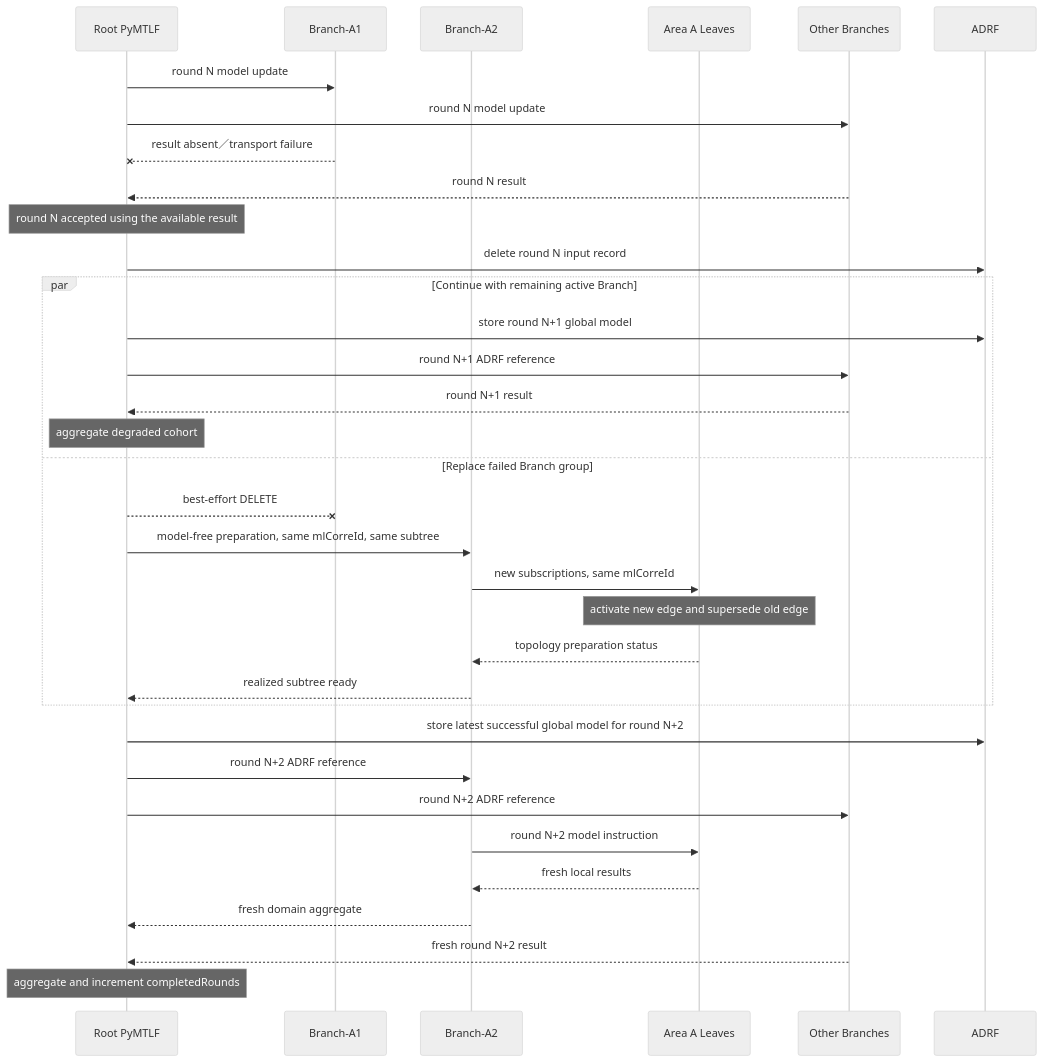
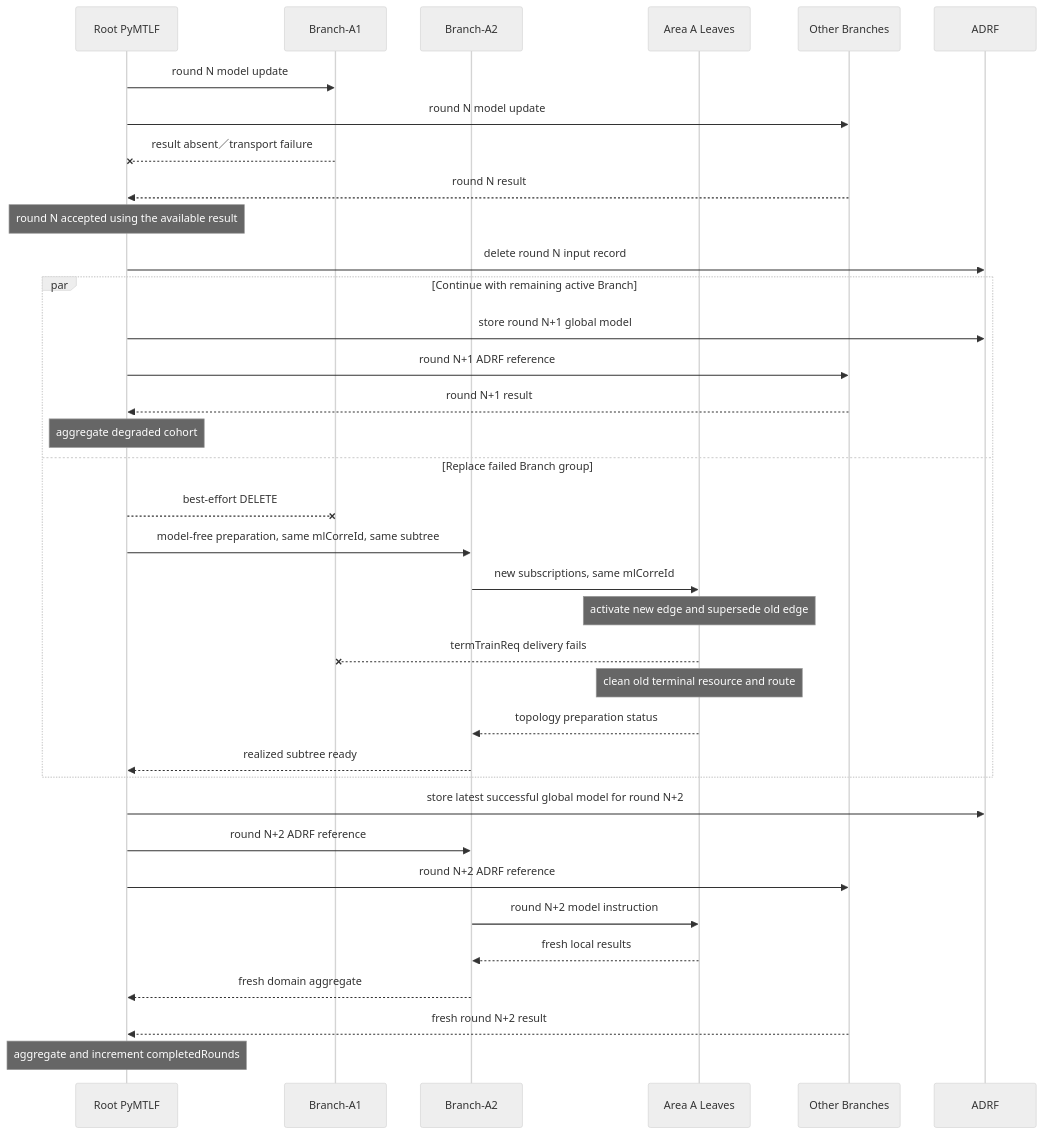
The diagram in docs/plans/hierarchical-federated-learning/protocol-extension-implementation/slices/Slice 3 Branch Replacement without Retained-result Recovery Detailed Plan.md (ChingJe/nwdaf-docs), drawn with Mermaid (neutral theme) before and after one commit. The commit also changed other lines of this file and 1 other file, not shown here.

````diff
--- a/docs/plans/hierarchical-federated-learning/protocol-extension-implementation/slices/Slice 3 Branch Replacement without Retained-result Recovery Detailed Plan.md
+++ b/docs/plans/hierarchical-federated-learning/protocol-extension-implementation/slices/Slice 3 Branch Replacement without Retained-result Recovery Detailed Plan.md
@@ -534,37 +568,39 @@
 ```mermaid
 sequenceDiagram
     participant R as Root PyMTLF
     participant A1 as Branch-A1
     participant A2 as Branch-A2
     participant L as Area A Leaves
     participant O as Other Branches
     participant D as ADRF
 
     R->>A1: round N model update
     R->>O: round N model update
     A1--xR: result absent／transport failure
     O-->>R: round N result
     Note over R: round N accepted using the available result
     R->>D: delete round N input record
     par Continue with remaining active Branch
         R->>D: store round N+1 global model
         R->>O: round N+1 ADRF reference
         O-->>R: round N+1 result
         Note over R: aggregate degraded cohort
     and Replace failed Branch group
         R--xA1: best-effort DELETE
         R->>A2: model-free preparation, same mlCorreId, same subtree
         A2->>L: new subscriptions, same mlCorreId
         Note over L: activate new edge and supersede old edge
+        L--xA1: termTrainReq delivery fails
+        Note over L: clean old terminal resource and route
         L-->>A2: topology preparation status
         A2-->>R: realized subtree ready
     end
     R->>D: store latest successful global model for round N+2
     R->>A2: round N+2 ADRF reference
     R->>O: round N+2 ADRF reference
     A2->>L: round N+2 model instruction
     L-->>A2: fresh local results
     A2-->>R: fresh domain aggregate
     O-->>R: fresh round N+2 result
     Note over R: aggregate and increment completedRounds
 ```
````
